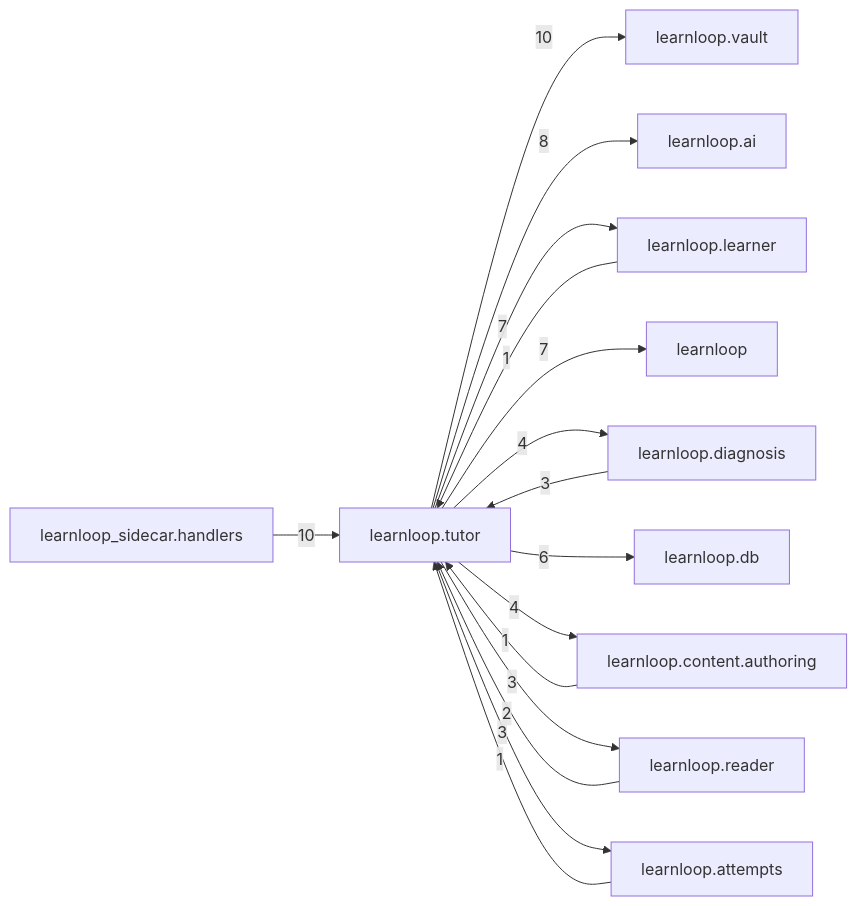
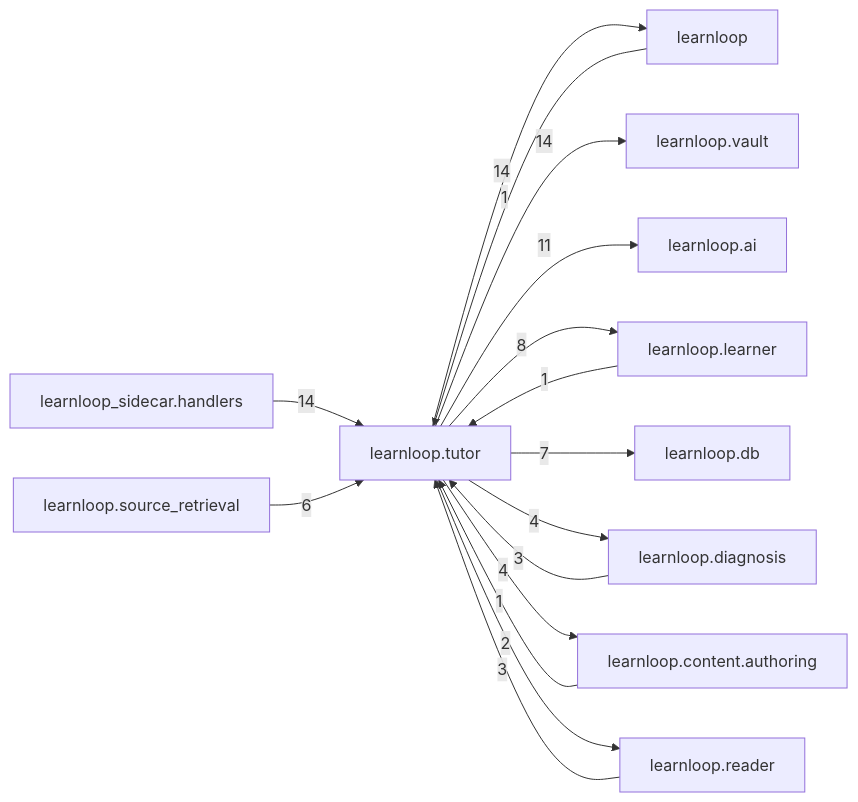
Before and after one commit to 6up-b/learnanything: the diagram in docs/learnloop-architecture-vault/Reference/Modules/learnloop/tutor/_package.md, drawn with Mermaid. The commit also changed other lines of this file and 1202 other files, not shown here.

````diff
--- a/docs/learnloop-architecture-vault/Reference/Modules/learnloop/tutor/_package.md
+++ b/docs/learnloop-architecture-vault/Reference/Modules/learnloop/tutor/_package.md
@@ -97,29 +116,29 @@
 ```mermaid
 flowchart LR
     center["learnloop.tutor"]
+    n_learnloop["learnloop"]
     n_learnloop_vault["learnloop.vault"]
     n_learnloop_sidecar_handlers["learnloop_sidecar.handlers"]
     n_learnloop_ai["learnloop.ai"]
     n_learnloop_learner["learnloop.learner"]
-    n_learnloop["learnloop"]
+    n_learnloop_db["learnloop.db"]
     n_learnloop_diagnosis["learnloop.diagnosis"]
-    n_learnloop_db["learnloop.db"]
+    n_learnloop_source_retrieval["learnloop.source_retrieval"]
     n_learnloop_content_authoring["learnloop.content.authoring"]
     n_learnloop_reader["learnloop.reader"]
-    n_learnloop_attempts["learnloop.attempts"]
-    center -->|10| n_learnloop_vault
-    n_learnloop_sidecar_handlers -->|10| center
-    center -->|8| n_learnloop_ai
+    n_learnloop -->|1| center
+    center -->|14| n_learnloop
+    center -->|14| n_learnloop_vault
+    n_learnloop_sidecar_handlers -->|14| center
+    center -->|11| n_learnloop_ai
     n_learnloop_learner -->|1| center
-    center -->|7| n_learnloop_learner
-    center -->|7| n_learnloop
+    center -->|8| n_learnloop_learner
+    center -->|7| n_learnloop_db
     n_learnloop_diagnosis -->|3| center
     center -->|4| n_learnloop_diagnosis
-    center -->|6| n_learnloop_db
+    n_learnloop_source_retrieval -->|6| center
     n_learnloop_content_authoring -->|1| center
     center -->|4| n_learnloop_content_authoring
-    n_learnloop_reader -->|2| center
-    center -->|3| n_learnloop_reader
-    n_learnloop_attempts -->|1| center
-    center -->|3| n_learnloop_attempts
+    n_learnloop_reader -->|3| center
+    center -->|2| n_learnloop_reader
 ```
````
